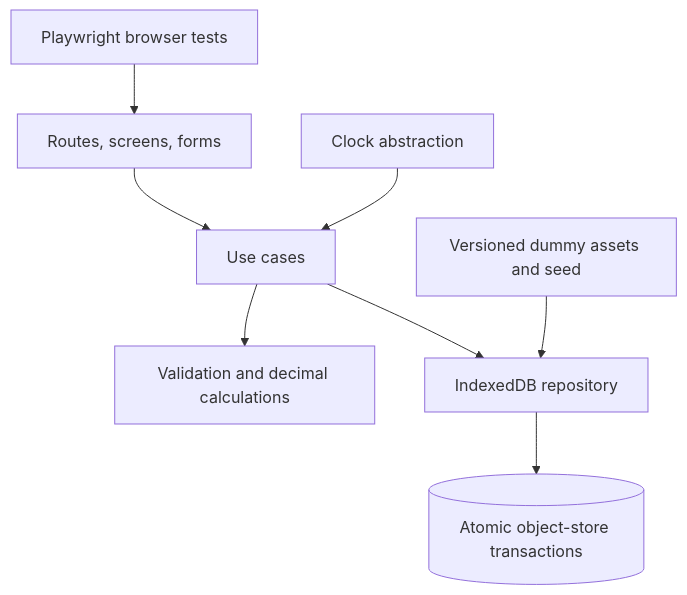
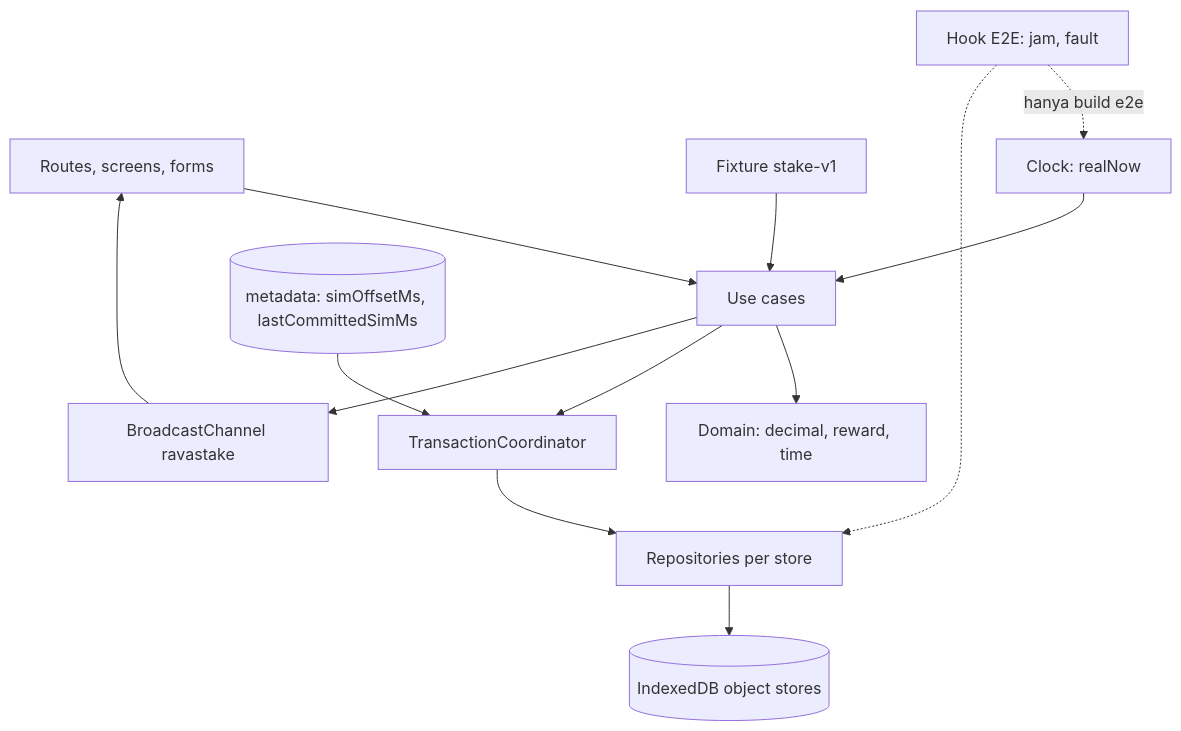
The diagram in docs/ARCHITECTURE.md (Wridho788/ravastake), drawn with Mermaid before and after one commit. The commit also changed other lines of this file and 8 other files, not shown here.

````diff
--- a/docs/ARCHITECTURE.md
+++ b/docs/ARCHITECTURE.md
@@ -9,10 +9,15 @@
 ```mermaid
 flowchart TD
   UI[Routes, screens, forms] --> UC[Use cases]
-  UC --> Rules[Validation and decimal calculations]
-  UC --> Repo[IndexedDB repository]
-  Repo --> DB[(Atomic object-store transactions)]
-  Fixture[Versioned dummy assets and seed] --> Repo
-  Clock[Clock abstraction] --> UC
-  PW[Playwright browser tests] --> UI
+  UC --> Rules[Domain: decimal, reward, time]
+  UC --> Coord[TransactionCoordinator]
+  Coord --> Repo[Repositories per store]
+  Repo --> DB[(IndexedDB object stores)]
+  Fixture[Fixture stake-v1] --> UC
+  Clock[Clock: realNow] --> UC
+  Meta[(metadata: simOffsetMs, lastCommittedSimMs)] --> Coord
+  UC --> Sync[BroadcastChannel ravastake]
+  Sync --> UI
+  Hooks[Hook E2E: jam, fault] -.hanya build e2e.-> Clock
+  Hooks -.-> Repo
 ```
````
